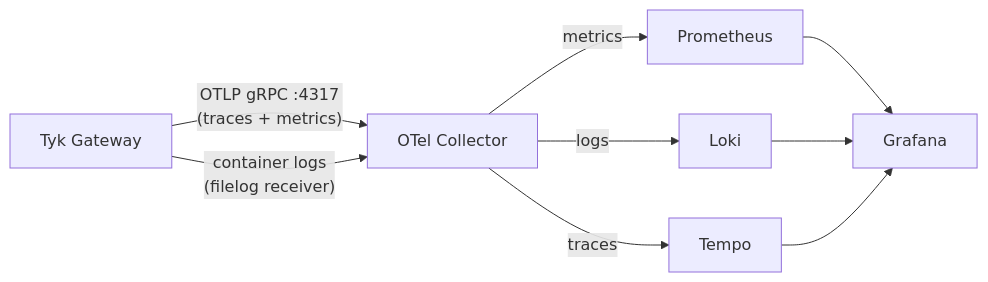
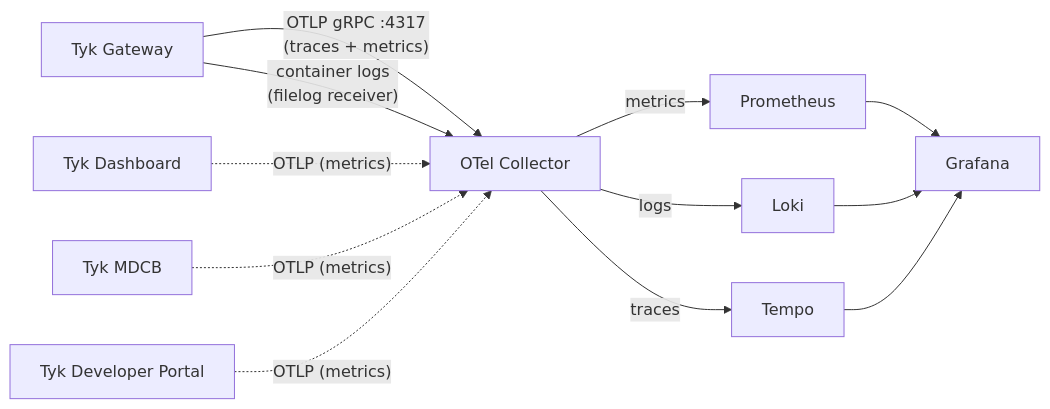
The diagram in api-management/observability-getting-started.mdx (TykTechnologies/tyk-docs), drawn with Mermaid before and after one commit. The commit also changed other lines of this file and 6 other files, not shown here.

First line of the commit message:
Document control plane OTLP metrics

````diff
--- a/api-management/observability-getting-started.mdx
+++ b/api-management/observability-getting-started.mdx
@@ -38,18 +40,24 @@
 ```mermaid
 flowchart LR
     TGW[Tyk Gateway]
+    DB[Tyk Dashboard]
+    MDCB[Tyk MDCB]
+    PORTAL[Tyk Developer Portal]
     COL[OTel Collector]
     PRO[Prometheus]
     LOK[Loki]
     TMP[Tempo]
     GRA[Grafana]
 
-    TGW -->|"OTLP gRPC :4317\n(traces + metrics)"| COL
-    TGW -->|"container logs\n(filelog receiver)"| COL
+    TGW -->|"OTLP gRPC :4317<br/>(traces + metrics)"| COL
+    TGW -->|"container logs<br/>(filelog receiver)"| COL
+    DB -.->|"OTLP (metrics)"| COL
+    MDCB -.->|"OTLP (metrics)"| COL
+    PORTAL -.->|"OTLP (metrics)"| COL
     COL -->|metrics| PRO
     COL -->|logs| LOK
     COL -->|traces| TMP
     PRO --> GRA
     LOK --> GRA
     TMP --> GRA
 ```
````
